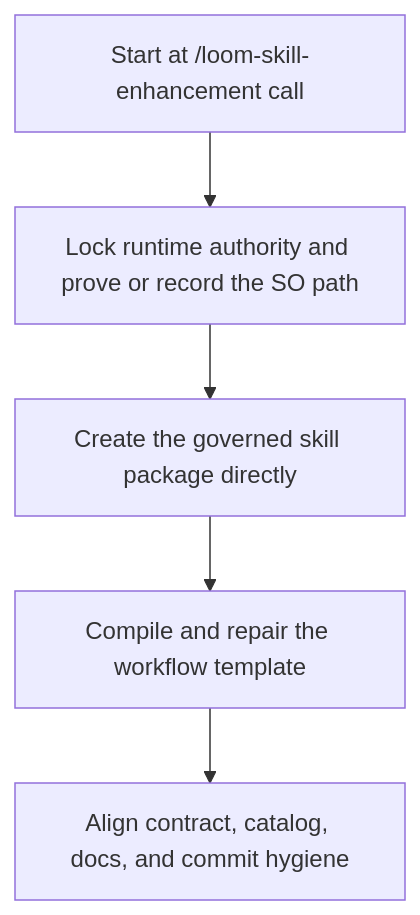
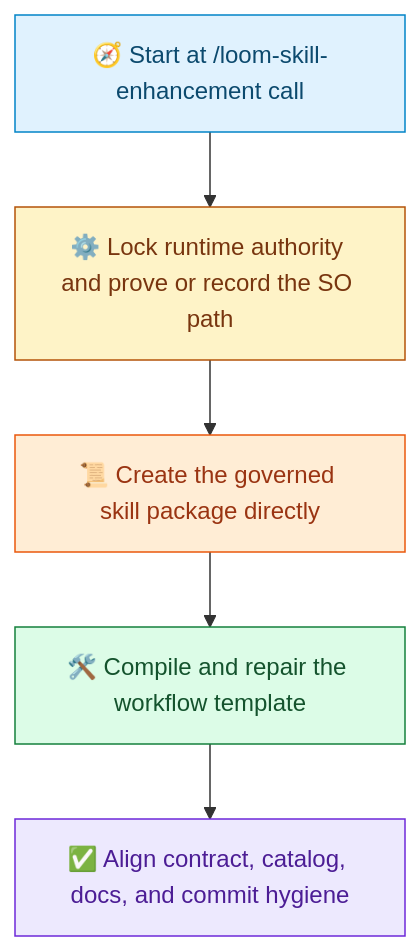
The second of 2 diagrams in demos/loom-enhanced-research/3. Born-governanced/Readme.md (waynebaby/Techne-Loom), drawn with Mermaid before and after one commit. The commit also changed other lines of this file and 19 other files, not shown here.

Commit message:
Standardize Mermaid accessibility across docs

````diff
--- a/demos/loom-enhanced-research/3. Born-governanced/Readme.md
+++ b/demos/loom-enhanced-research/3. Born-governanced/Readme.md
@@ -51,7 +53,19 @@
 ```mermaid
 flowchart TD
-    A[Start at /loom-skill-enhancement call] --> B[Lock runtime authority and prove or record the SO path]
-    B --> C[Create the governed skill package directly]
-    C --> D[Compile and repair the workflow template]
-    D --> E[Align contract, catalog, docs, and commit hygiene]
+    A[🧭 Start at /loom-skill-enhancement call] --> B[⚙️ Lock runtime authority and prove or record the SO path]
+    B --> C[📜 Create the governed skill package directly]
+    C --> D[🛠️ Compile and repair the workflow template]
+    D --> E[✅ Align contract, catalog, docs, and commit hygiene]
+
+    classDef blue fill:#E0F2FE,stroke:#0284C7,color:#0C4A6E;
+    classDef yellow fill:#FEF3C7,stroke:#B45309,color:#78350F;
+    classDef orange fill:#FFEDD5,stroke:#EA580C,color:#9A3412;
+    classDef green fill:#DCFCE7,stroke:#15803D,color:#14532D;
+    classDef purple fill:#EDE9FE,stroke:#6D28D9,color:#4C1D95;
+
+    class A blue;
+    class B yellow;
+    class C orange;
+    class D green;
+    class E purple;
 ```
````
